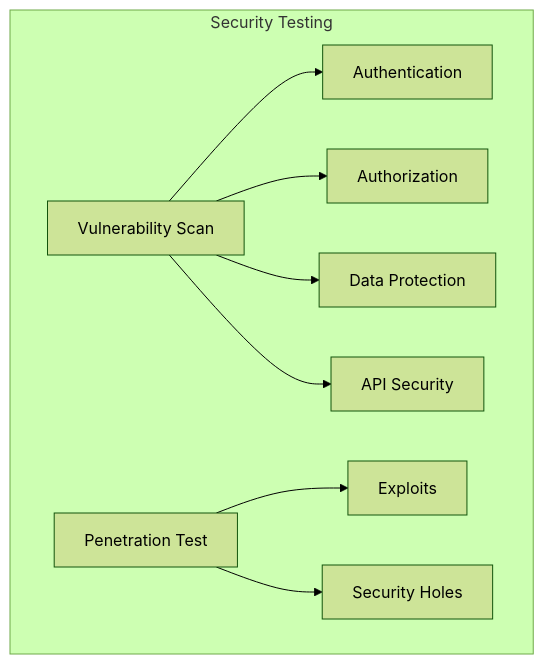
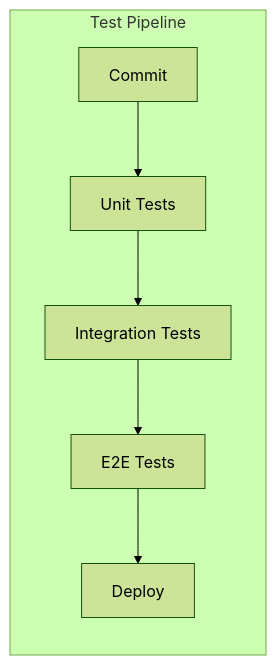
Before and after one commit to saravanakumarrc/Architecture_Journey: the fifth of 5 diagrams in src/Testing_Best_Practices.md, drawn with Mermaid (forest theme). The commit also changed other lines of this file and 4 other files, not shown here.

First line of the commit message:
Refactor Serverless Architecture Patterns and Testing Best Practices documentation

````diff
--- a/src/Testing_Best_Practices.md
+++ b/src/Testing_Best_Practices.md
@@ -261,12 +193,9 @@
 ```mermaid
-graph TD
-    subgraph "Security Testing"
-        VS[Vulnerability Scan] --> A[Authentication]
-        VS --> B[Authorization]
-        VS --> C[Data Protection]
-        VS --> D[API Security]
-        
-        PT[Penetration Test] --> E[Exploits]
-        PT --> F[Security Holes]
+graph LR
+    subgraph "Test Pipeline"
+        C[Commit] --> U[Unit Tests]
+        U --> I[Integration Tests]
+        I --> E[E2E Tests]
+        E --> D[Deploy]
     end
 ```
````
